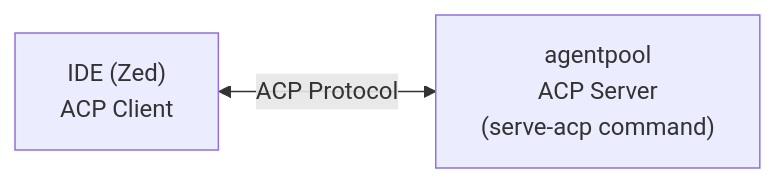
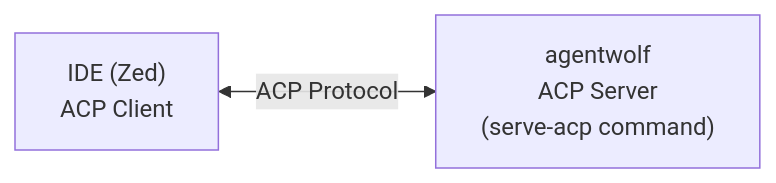
One commit to Leoyzen/agentpool changed the first of 5 diagrams in docs/how-to/advanced/acp-integration.md. Above: the diagram before and after it, drawn with Mermaid. The commit also changed other lines of this file and 2075 other files, not shown here.

Commit message:
refactor: rename agentpool to agentwolf across repository, package, and CLI

````diff
--- a/docs/how-to/advanced/acp-integration.md
+++ b/docs/how-to/advanced/acp-integration.md
@@ -107,4 +107,4 @@
 ```mermaid
 graph LR
-    A["IDE (Zed)<br/>ACP Client"] <-->|ACP Protocol| B["agentpool<br/>ACP Server<br/>(serve-acp command)"]
+    A["IDE (Zed)<br/>ACP Client"] <-->|ACP Protocol| B["agentwolf<br/>ACP Server<br/>(serve-acp command)"]
 ```
````
